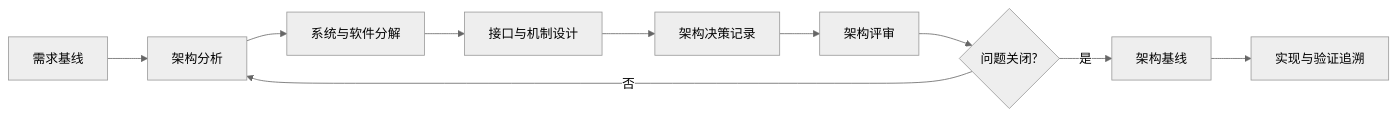
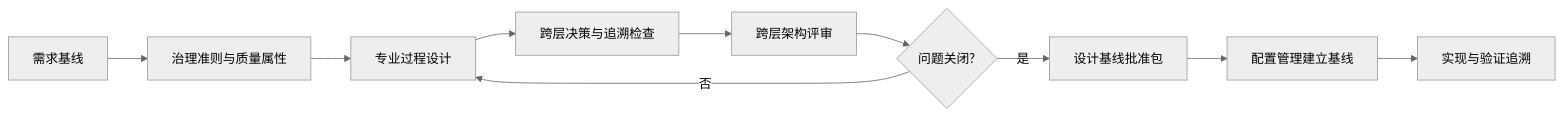
One commit to JianShiYao/MEES changed the diagram in docs/01_Main_Process/03_架构设计过程.md. Above: the diagram before and after it, drawn with Mermaid (neutral theme). The commit also changed other lines of this file and 18 other files, not shown here.

````diff
--- a/docs/01_Main_Process/03_架构设计过程.md
+++ b/docs/01_Main_Process/03_架构设计过程.md
@@ -65,12 +68,12 @@
 ```mermaid
 flowchart LR
-    A[需求基线] --> B[架构分析]
-    B --> C[系统与软件分解]
-    C --> D[接口与机制设计]
-    D --> E[架构决策记录]
-    E --> F[架构评审]
-    F --> G{问题关闭?}
-    G -- 否 --> B
-    G -- 是 --> H[架构基线]
+    A[需求基线] --> B[治理准则与质量属性]
+    B --> C[专业过程设计]
+    C --> D[跨层决策与追溯检查]
+    D --> E[跨层架构评审]
+    E --> F{问题关闭?}
+    F -- 否 --> C
+    F -- 是 --> G[设计基线批准包]
+    G --> H[配置管理建立基线]
     H --> I[实现与验证追溯]
 ```
````
